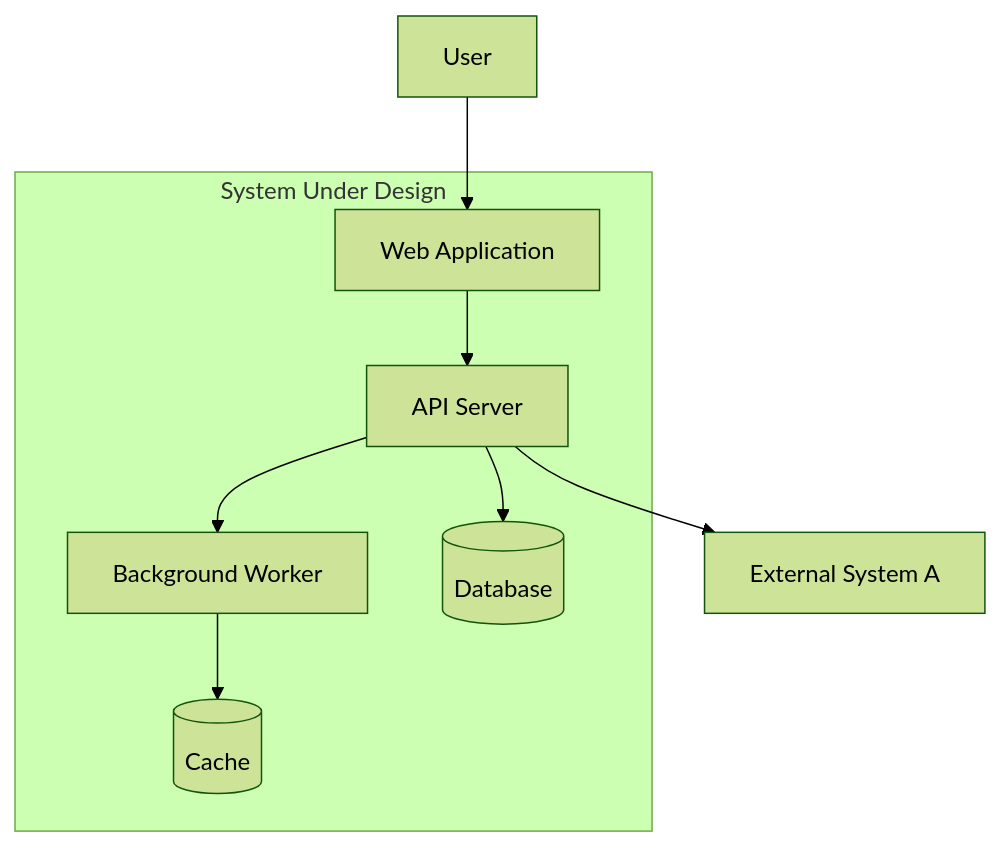
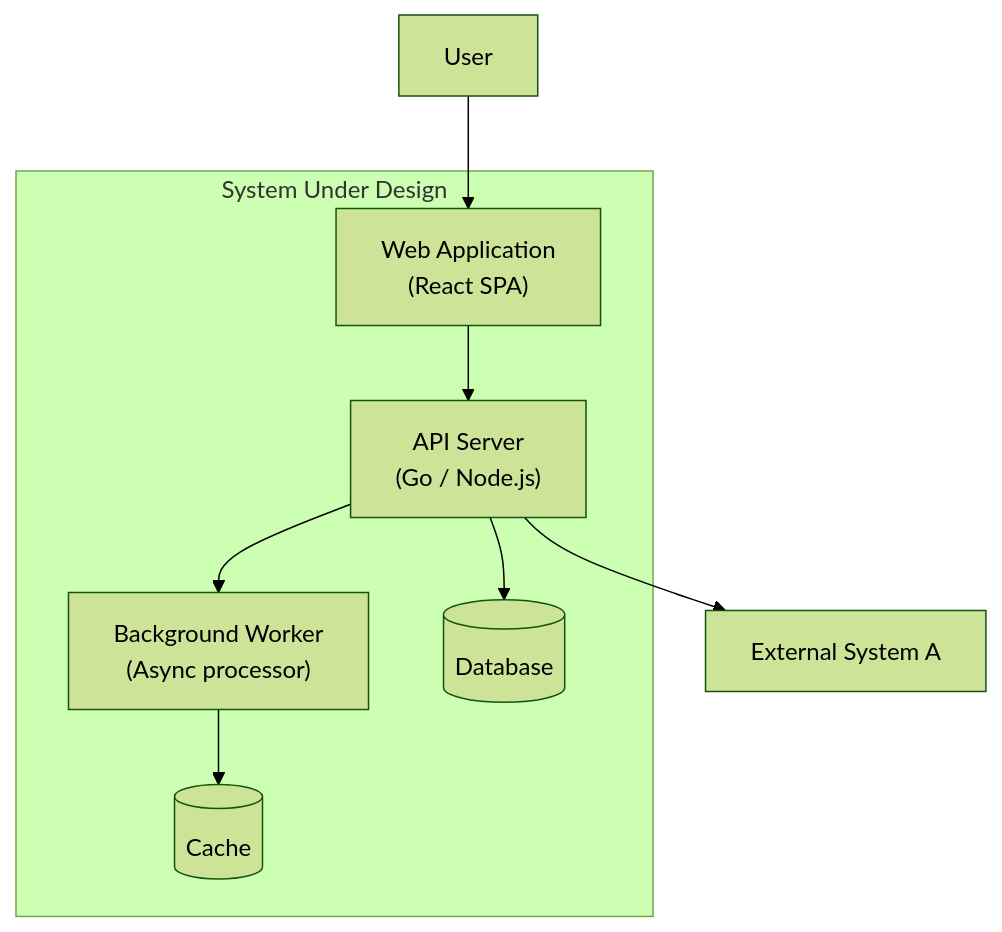
The second of 4 diagrams in plugins/superpowers-pro/skills/system-architect/references/application-architecture.md (platootalp/claude-harness), drawn with Mermaid (forest theme) before and after one commit. The commit also changed 2 other files, not shown here.

Commit message:
fix: quality review fixes for system-architect references
- Add technology labels to C4 Container diagram (application-architecture)
- Align heading: "Data Consistency" → "Data Consistency Approach" (information-architecture)
- Add data sync flow Mermaid diagram (integration-architecture)
- Convert circuit breaker to stateDiagram-v2 (integration-architecture)

````diff
--- a/plugins/superpowers-pro/skills/system-architect/references/application-architecture.md
+++ b/plugins/superpowers-pro/skills/system-architect/references/application-architecture.md
@@ -27,11 +27,11 @@
 ```mermaid
 graph TB
     subgraph System["System Under Design"]
-        WebApp[Web Application] --> API[API Server]
-        API --> Worker[Background Worker]
+        WebApp["Web Application\n(React SPA)"] --> API["API Server\n(Go / Node.js)"]
+        API --> Worker["Background Worker\n(Async processor)"]
         API --> DB[(Database)]
         Worker --> Cache[(Cache)]
     end
     User --> WebApp
     API --> ExtA[External System A]
 ```
````
